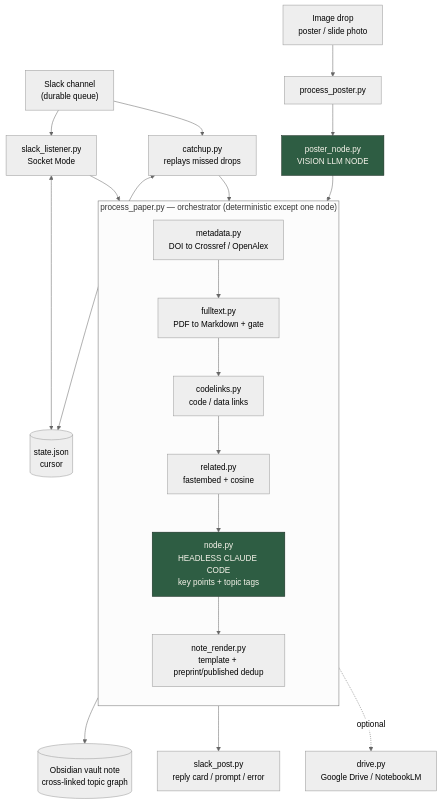
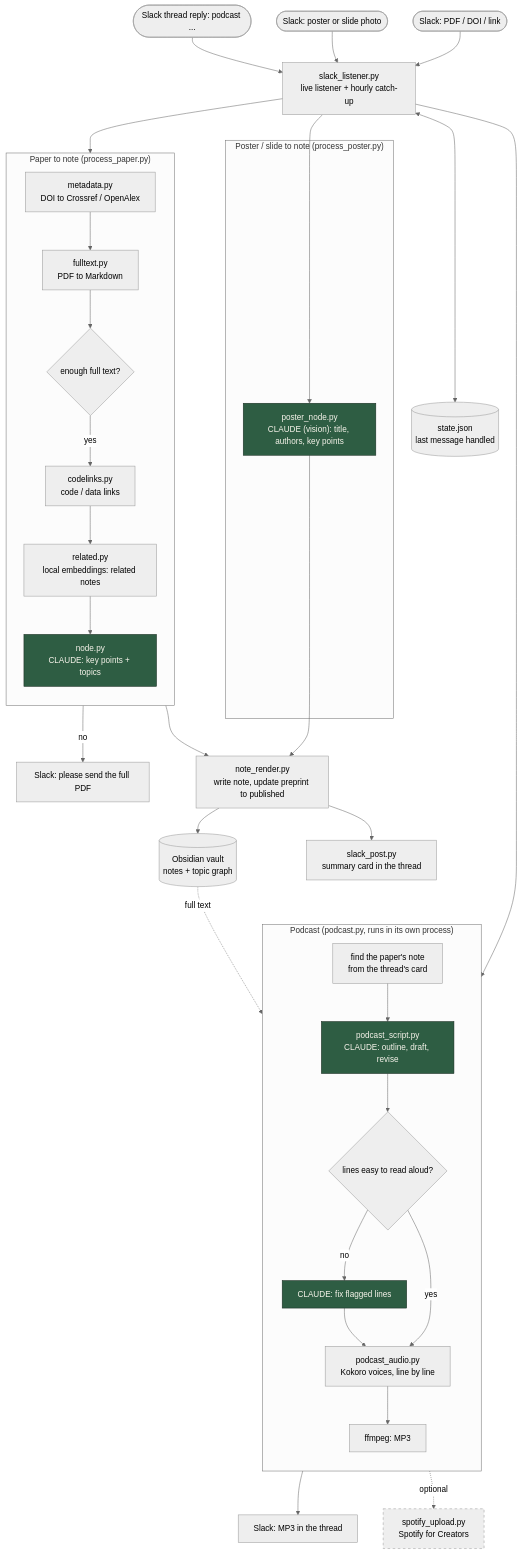
Before and after one commit to neurogeek03/Literature_auto: the diagram in README.md, drawn with Mermaid (neutral theme). The commit also changed other lines of this file and 30 other files, not shown here.

First line of the commit message:
Cross-platform setup: guided wizard, one service per OS, DAG README

````diff
--- a/README.md
+++ b/README.md
@@ -25,36 +51,62 @@
 ```mermaid
 flowchart TD
-    SLACK["Slack channel<br/>(durable queue)"]
-    STATE[("state.json<br/>cursor")]
-    LISTEN["slack_listener.py<br/>Socket Mode"]
-    CATCH["catchup.py<br/>replays missed drops"]
+    %% ---------- intake ----------
+    DROP(["Slack: PDF / DOI / link"])
+    IMG(["Slack: poster or slide photo"])
+    REPLY(["Slack thread reply: podcast ..."])
+    LISTEN["slack_listener.py<br/>live listener + hourly catch-up"]
+    STATE[("state.json<br/>last message handled")]
+    DROP --> LISTEN
+    IMG --> LISTEN
+    REPLY --> LISTEN
+    LISTEN <--> STATE
 
-    SLACK --> LISTEN
-    SLACK --> CATCH
-    LISTEN <--> STATE
-    CATCH <--> STATE
-    LISTEN --> META
-    CATCH --> META
-
-    subgraph ORCH["process_paper.py &mdash; orchestrator (deterministic except one node)"]
+    %% ---------- paper -> note ----------
+    subgraph PAPER["Paper to note (process_paper.py)"]
         direction TB
         META["metadata.py<br/>DOI to Crossref / OpenAlex"]
-        FULL["fulltext.py<br/>PDF to Markdown + gate"]
+        FULL["fulltext.py<br/>PDF to Markdown"]
+        GATE{"enough full text?"}
         CODE["codelinks.py<br/>code / data links"]
-        REL["related.py<br/>fastembed + cosine"]
-        NODE["node.py<br/>HEADLESS CLAUDE CODE<br/>key points + topic tags"]
-        REND["note_render.py<br/>template + preprint/published dedup"]
-        META --> FULL --> CODE --> REL --> NODE --> REND
+        REL["related.py<br/>local embeddings: related notes"]
+        NODE["node.py<br/>CLAUDE: key points + topics"]
+        META --> FULL --> GATE
+        GATE -- yes --> CODE --> REL --> NODE
     end
+    LISTEN --> META
+    GATE -- no --> ASK["Slack: please send the full PDF"]
 
-    IMG["Image drop<br/>poster / slide photo"] --> PPOST["process_poster.py"]
-    PPOST --> PNODE["poster_node.py<br/>VISION LLM NODE"]
+    subgraph POSTER["Poster / slide to note (process_poster.py)"]
+        PNODE["poster_node.py<br/>CLAUDE (vision): title, authors, key points"]
+    end
+    LISTEN --> PNODE
+
+    REND["note_render.py<br/>write note, update preprint to published"]
+    NODE --> REND
     PNODE --> REND
+    REND --> VAULT[("Obsidian vault<br/>notes + topic graph")]
+    REND --> CARD["slack_post.py<br/>summary card in the thread"]
 
-    REND --> VAULT[("Obsidian vault note<br/>cross-linked topic graph")]
-    REND --> POST["slack_post.py<br/>reply card / prompt / error"]
-    REND -. optional .-> DRIVE["drive.py<br/>Google Drive / NotebookLM"]
+    %% ---------- podcast ----------
+    subgraph POD["Podcast (podcast.py, runs in its own process)"]
+        direction TB
+        FIND["find the paper's note<br/>from the thread's card"]
+        SCRIPT["podcast_script.py<br/>CLAUDE: outline, draft, revise"]
+        CHECK{"lines easy to read aloud?"}
+        FIX["CLAUDE: fix flagged lines"]
+        VOICE["podcast_audio.py<br/>Kokoro voices, line by line"]
+        MP3["ffmpeg: MP3"]
+        FIND --> SCRIPT --> CHECK
+        CHECK -- no --> FIX --> VOICE
+        CHECK -- yes --> VOICE --> MP3
+    end
+    LISTEN --> FIND
+    VAULT -. full text .-> FIND
+    MP3 --> SLACKMP3["Slack: MP3 in the thread"]
+    MP3 -. optional .-> SPOT["spotify_upload.py<br/>Spotify for Creators"]
 
     classDef llm fill:#2E5D43,stroke:#17281F,color:#F7F4EB;
-    class NODE,PNODE llm;
+    classDef optional stroke-dasharray: 5 5;
+    class NODE,PNODE,SCRIPT,FIX llm;
+    class SPOT optional;
 ```
````
